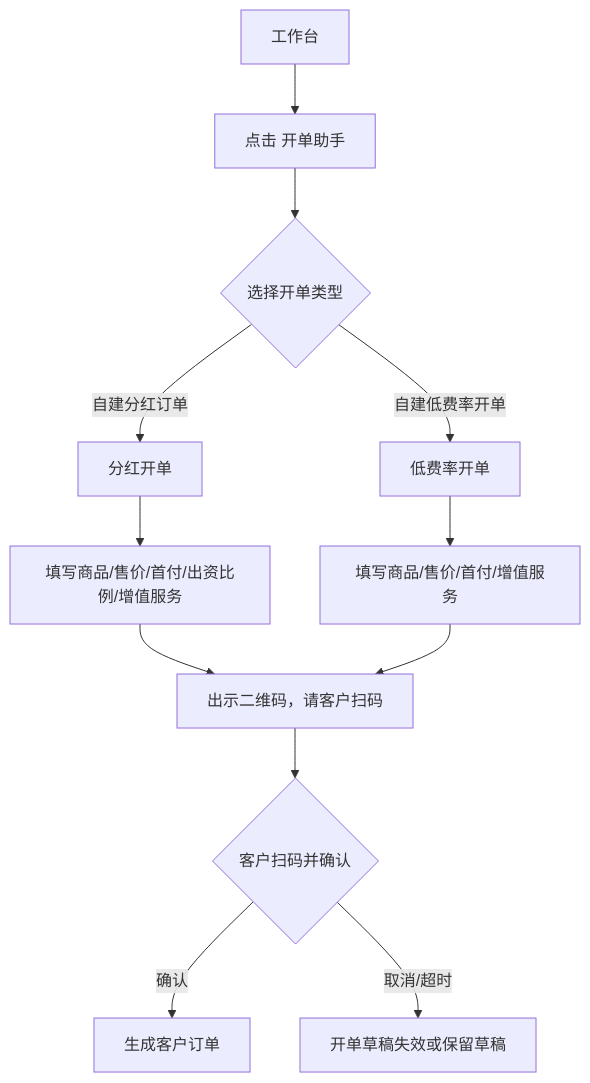
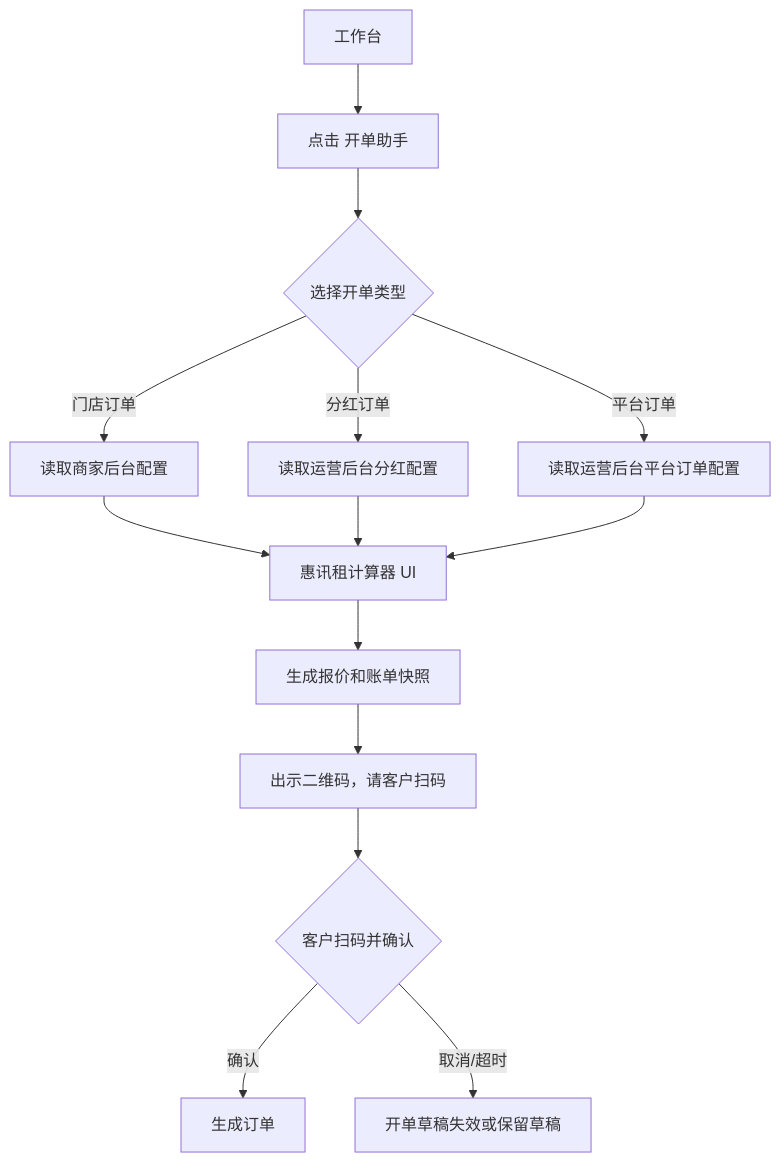
One commit to joezjyan-bot/mandian-prd changed the diagram in PRD/V0.2/store-mobile/04-开单助手/README.md. Above: the diagram before and after it, drawn with Mermaid. The commit also changed other lines of this file and 6 other files, not shown here.

````diff
--- a/PRD/V0.2/store-mobile/04-开单助手/README.md
+++ b/PRD/V0.2/store-mobile/04-开单助手/README.md
@@ -27,14 +25,16 @@
 ```mermaid
 flowchart TD
   A["工作台"] --> B["点击 开单助手"]
   B --> C{"选择开单类型"}
-  C -- "自建分红订单" --> D["分红开单"]
-  C -- "自建低费率开单" --> E["低费率开单"]
-  D --> F["填写商品/售价/首付/出资比例/增值服务"]
-  E --> G["填写商品/售价/首付/增值服务"]
-  F --> H["出示二维码，请客户扫码"]
-  G --> H
-  H --> I{"客户扫码并确认"}
-  I -- "确认" --> J["生成客户订单"]
-  I -- "取消/超时" --> K["开单草稿失效或保留草稿"]
+  C -- "门店订单" --> D["读取商家后台配置"]
+  C -- "分红订单" --> E["读取运营后台分红配置"]
+  C -- "平台订单" --> F["读取运营后台平台订单配置"]
+  D --> G["惠讯租计算器 UI"]
+  E --> G
+  F --> G
+  G --> H["生成报价和账单快照"]
+  H --> I["出示二维码，请客户扫码"]
+  I --> J{"客户扫码并确认"}
+  J -- "确认" --> K["生成订单"]
+  J -- "取消/超时" --> L["开单草稿失效或保留草稿"]
 ```
````
